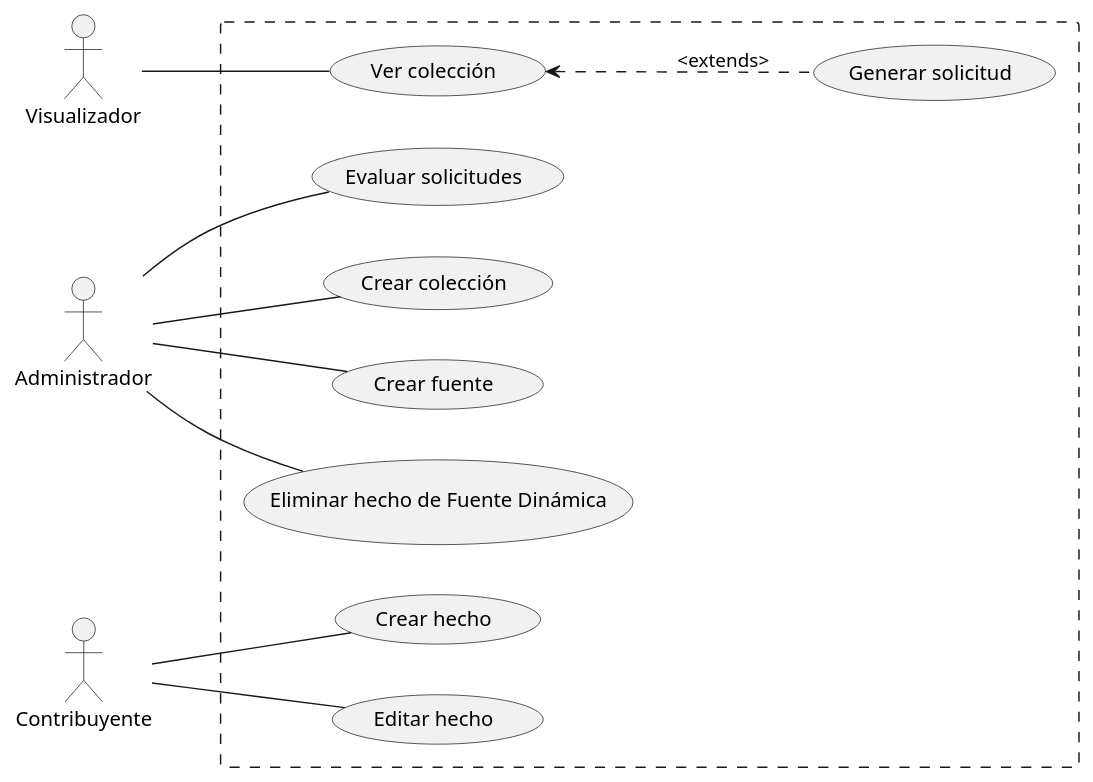
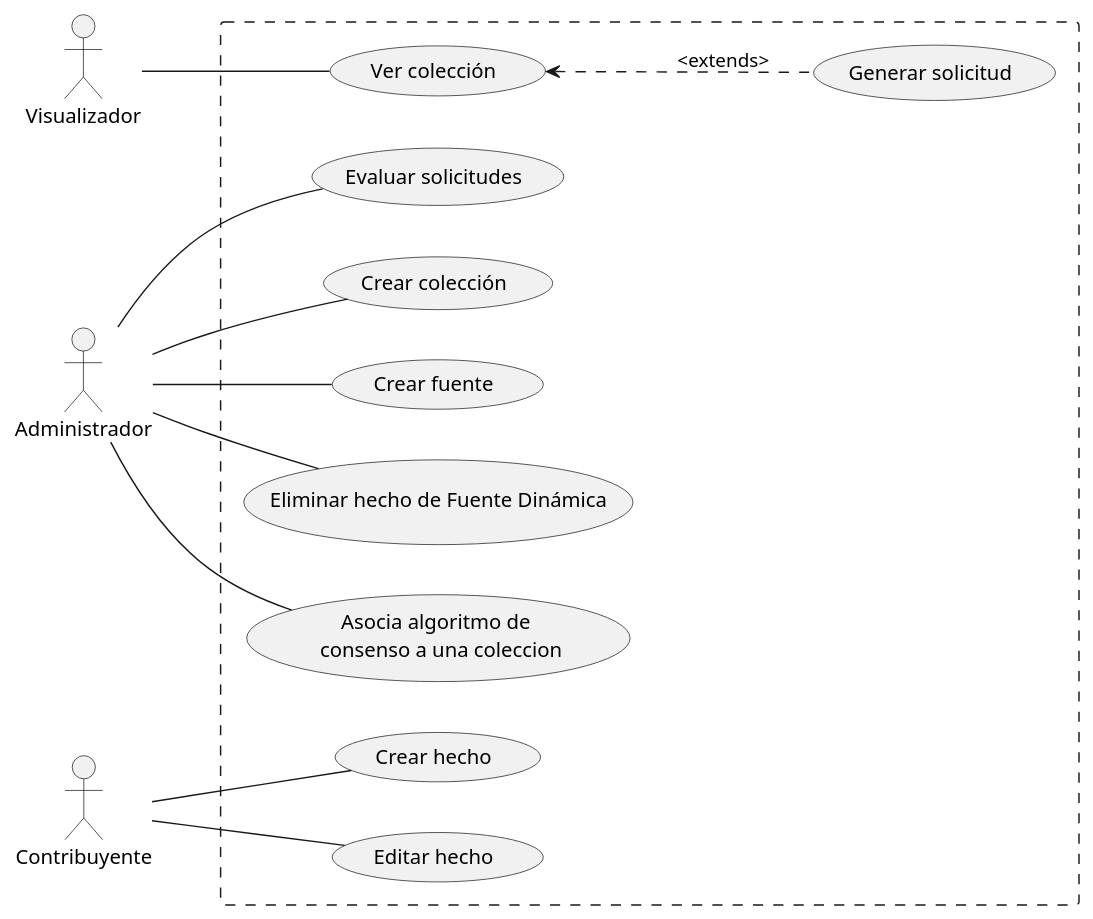
One commit to lrizzitano/Metamapa changed the diagram in diagramas/diagrama-casos_de_uso.puml. Above: the diagram before and after it, drawn with PlantUML. The commit also changed 14 other files, not shown here.

```diff
--- a/diagramas/diagrama-casos_de_uso.puml
+++ b/diagramas/diagrama-casos_de_uso.puml
@@ -1,33 +1,35 @@
 @startuml
 left to right direction
 
 actor Visualizador
 actor Administrador
 actor Contribuyente
 
 
 rectangle #line.dashed {
  usecase "Ver colección" as UC1
  usecase "Evaluar solicitudes" as UC2
  usecase "Crear colección" as UC3
  usecase "Crear fuente" as UC4
  usecase "Crear hecho" as UC5
  usecase "Editar hecho" as UC6
  usecase "Eliminar hecho de Fuente Dinámica" as UC7
+ usecase "Asocia algoritmo de \n consenso a una coleccion" as UC8
 
  usecase "Generar solicitud" as UC1.1
 }
 
 Visualizador -- UC1
 Administrador -- UC2
 Administrador -- UC3
 Administrador -- UC4
 Administrador -- UC7
+Administrador -- UC8
 Contribuyente -- UC5
 Contribuyente -- UC6
 
 
 
 UC1 <.. UC1.1 : <extends>
 
 @enduml
```
